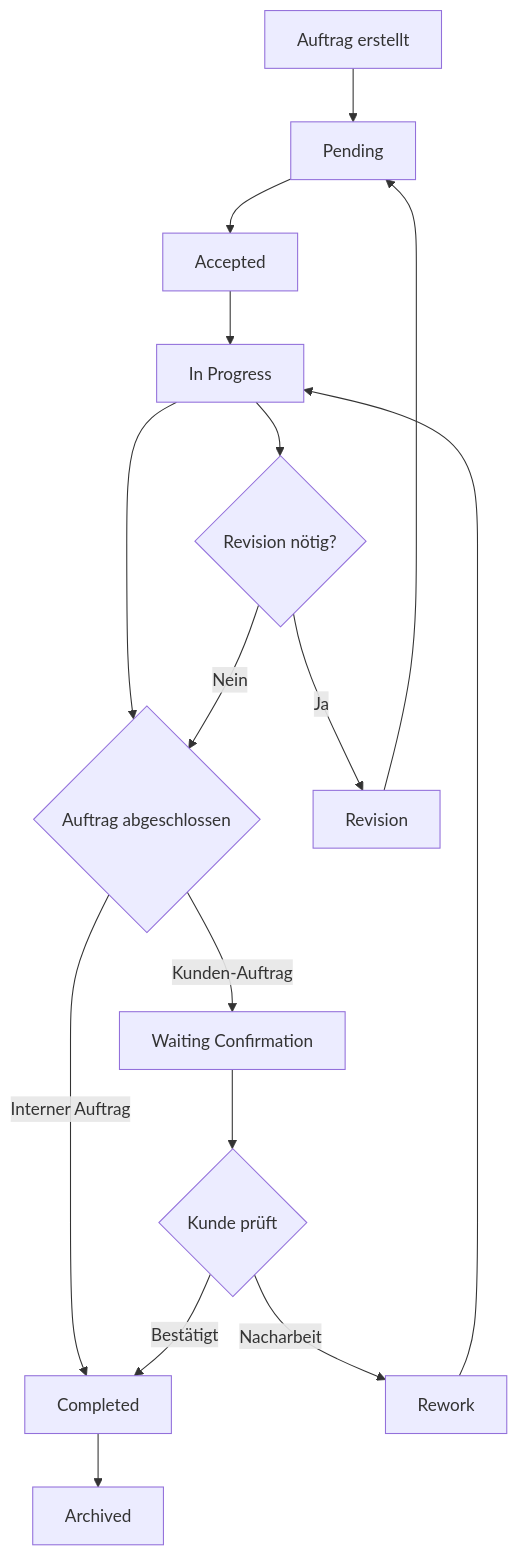
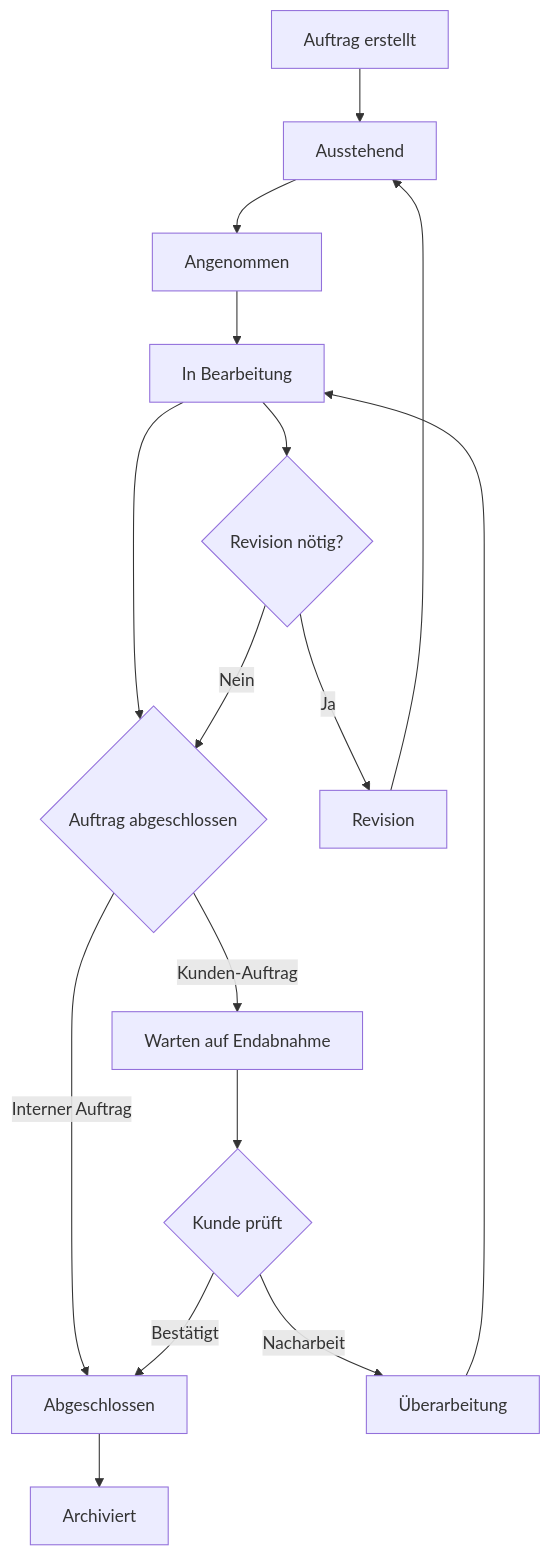
The diagram in README.md (mxnmyr/match-werkstatt), drawn with Mermaid before and after one commit. The commit also changed other lines of this file, not shown here.

Commit message:
README überarbeitet

````diff
--- a/README.md
+++ b/README.md
@@ -123,18 +123,18 @@
 ```mermaid
 graph TD
-    A[Auftrag erstellt] --> B[Pending]
-    B --> C[Accepted]
-    C --> D[In Progress]
+    A[Auftrag erstellt] --> B[Ausstehend]
+    B --> C[Angenommen]
+    C --> D[In Bearbeitung]
     D --> E{Auftrag abgeschlossen}
-    E -->|Interner Auftrag| F[Completed]
-    E -->|Kunden-Auftrag| G[Waiting Confirmation]
+    E -->|Interner Auftrag| F[Abgeschlossen]
+    E -->|Kunden-Auftrag| G[Warten auf Endabnahme]
     G --> H{Kunde prüft}
-    H -->|Bestätigt| F[Completed]
-    H -->|Nacharbeit| I[Rework]
+    H -->|Bestätigt| F[Abgeschlossen]
+    H -->|Nacharbeit| I[Überarbeitung]
     I --> D
     D --> J{Revision nötig?}
     J -->|Ja| K[Revision]
     K --> B
     J -->|Nein| E
-    F --> L[Archived]
+    F --> L[Archiviert]
 ```
````
